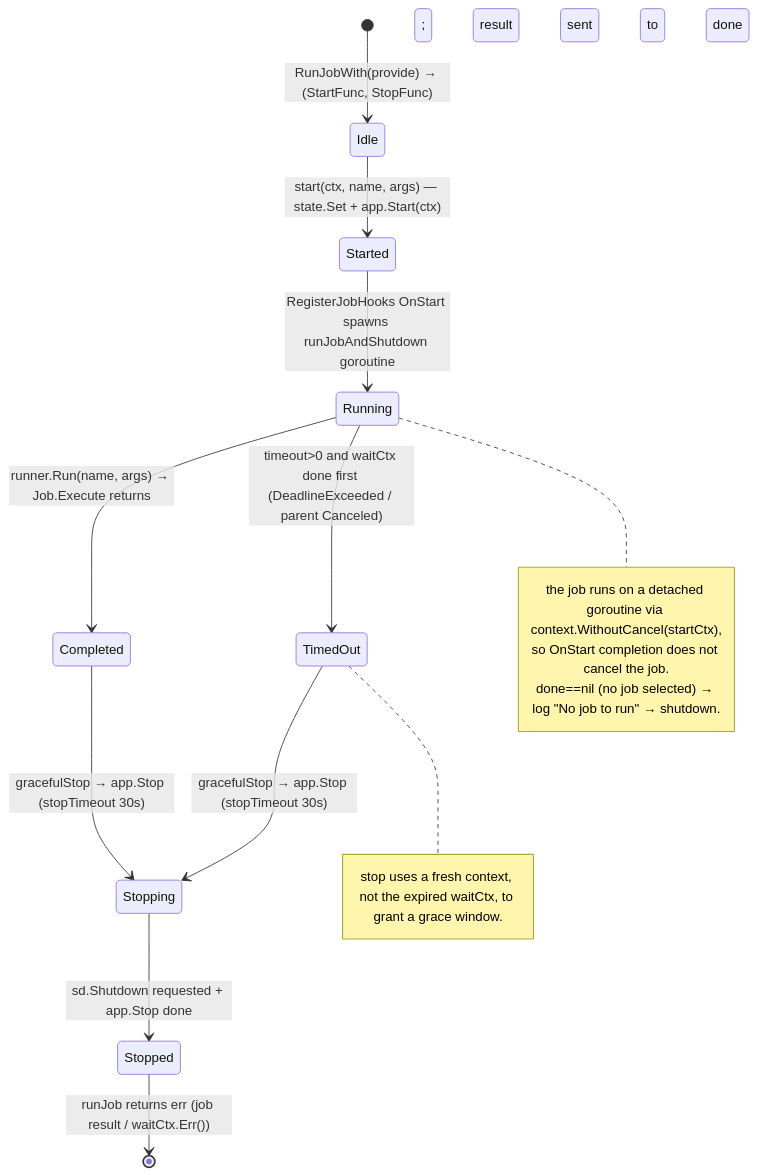
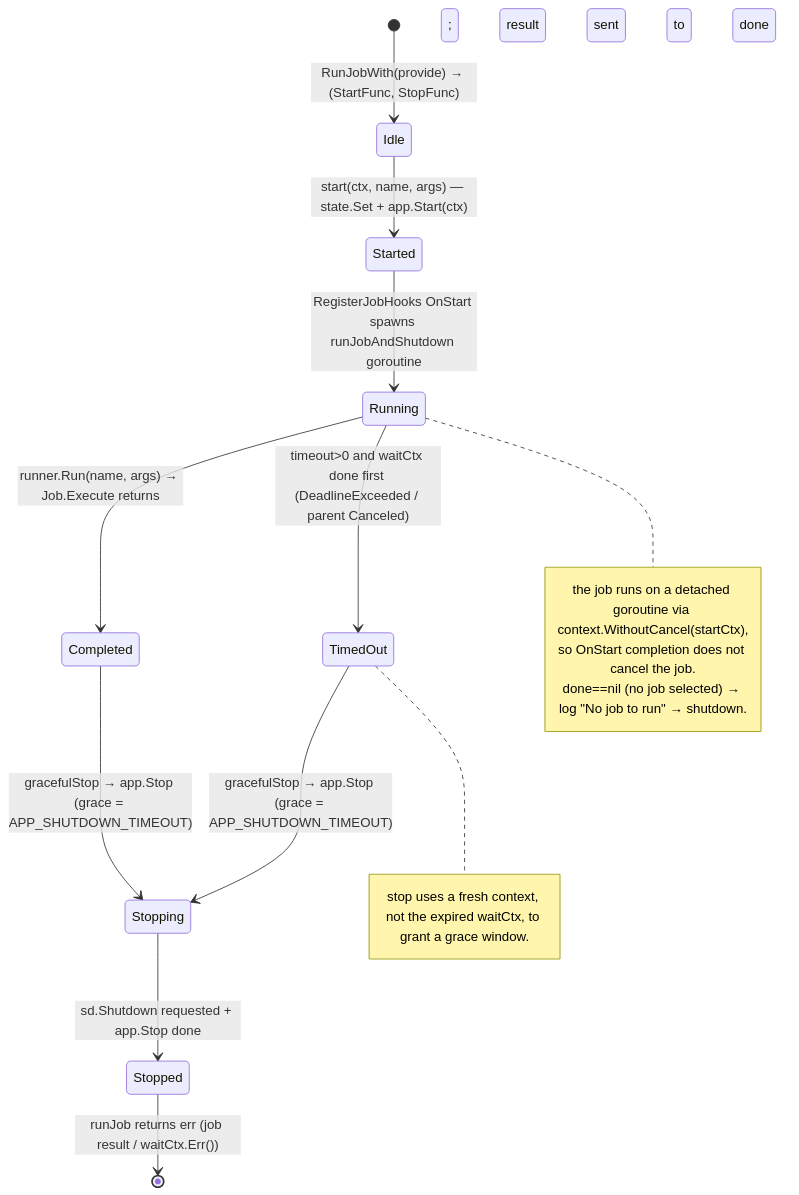
Before and after one commit to Tomy-ch/go-boilerplate: the first of 6 diagrams in docs/design/job.md, drawn with Mermaid. The commit also changed other lines of this file and 21 other files, not shown here.

````diff
--- a/docs/design/job.md
+++ b/docs/design/job.md
@@ -32,21 +32,21 @@
 ```mermaid
 stateDiagram-v2
     [*] --> Idle: RunJobWith(provide) → (StartFunc, StopFunc)
     Idle --> Started: start(ctx, name, args) — state.Set + app.Start(ctx)
     Started --> Running: RegisterJobHooks OnStart spawns runJobAndShutdown goroutine
     Running --> Completed: runner.Run(name, args) → Job.Execute returns; result sent to done
     Running --> TimedOut: timeout>0 and waitCtx done first (DeadlineExceeded / parent Canceled)
-    Completed --> Stopping: gracefulStop → app.Stop (stopTimeout 30s)
-    TimedOut --> Stopping: gracefulStop → app.Stop (stopTimeout 30s)
+    Completed --> Stopping: gracefulStop → app.Stop (grace = APP_SHUTDOWN_TIMEOUT)
+    TimedOut --> Stopping: gracefulStop → app.Stop (grace = APP_SHUTDOWN_TIMEOUT)
     Stopping --> Stopped: sd.Shutdown requested + app.Stop done
     Stopped --> [*]: runJob returns err (job result / waitCtx.Err())
 
     note right of Running
       the job runs on a detached goroutine via context.WithoutCancel(startCtx),
       so OnStart completion does not cancel the job.
       done==nil (no job selected) → log "No job to run" → shutdown.
     end note
     note right of TimedOut
       stop uses a fresh context, not the expired waitCtx, to grant a grace window.
     end note
 ```
````
